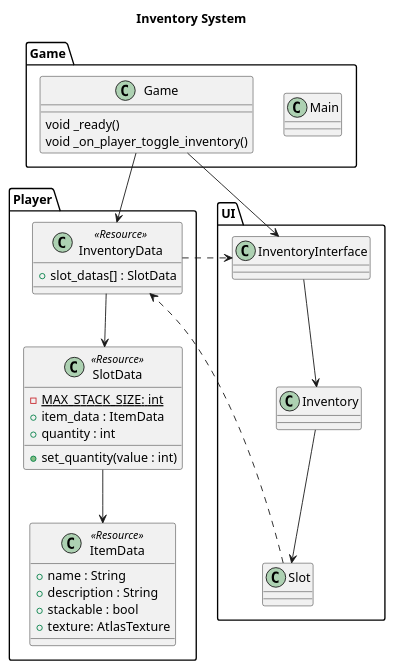
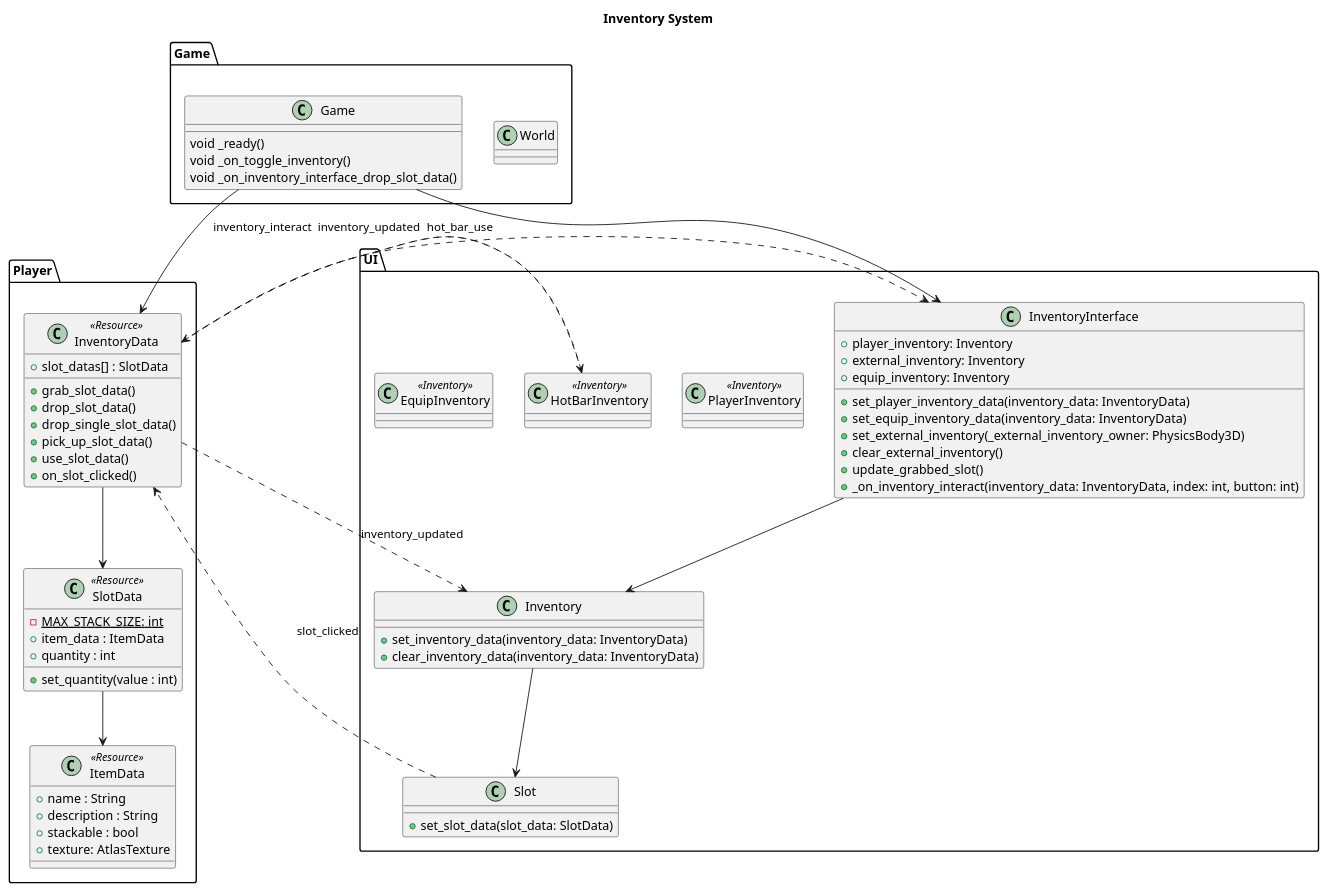
Before and after one commit to CptDarling/AnotherInventory: the diagram in _design/inventory.puml, drawn with PlantUML. The commit also changed 3 other files, not shown here.

Commit message:
Update inventory diagram

```diff
--- a/_design/inventory.puml
+++ b/_design/inventory.puml
@@ -1,52 +1,79 @@
 @startuml Inventory System
 title Inventory System
 
 namespace Game {
 
-  class Main
+  class World
 
   class Game {
     void _ready()
-    void _on_player_toggle_inventory()
+    void _on_toggle_inventory()
+    void _on_inventory_interface_drop_slot_data()
   }
 }
 
 Game.Game --> Player.InventoryData
 Game.Game --> UI.InventoryInterface
 
 namespace Player {
 
   class InventoryData << Resource >> {
     +slot_datas[] : SlotData
+    +grab_slot_data()
+    +drop_slot_data()
+    +drop_single_slot_data()
+    +pick_up_slot_data()
+    +use_slot_data()
+    +on_slot_clicked()
   }
 
   class SlotData << Resource >> {
     -{static} MAX_STACK_SIZE: int
     +item_data : ItemData
     +quantity : int
     +set_quantity(value : int)
   }
 
   class ItemData << Resource >> {
     +name : String
     +description : String
     +stackable : bool
     +texture: AtlasTexture
   }
 
   InventoryData --> SlotData
   SlotData --> ItemData
 }
 
 namespace UI {
-  class InventoryInterface
-  class Inventory
-  class Slot
+  class InventoryInterface {
+    +player_inventory: Inventory
+    +external_inventory: Inventory
+    +equip_inventory: Inventory
+    +set_player_inventory_data(inventory_data: InventoryData)
+    +set_equip_inventory_data(inventory_data: InventoryData)
+    +set_external_inventory(_external_inventory_owner: PhysicsBody3D)
+    +clear_external_inventory()
+    +update_grabbed_slot()
+    +_on_inventory_interact(inventory_data: InventoryData, index: int, button: int)
+  }
+  class PlayerInventory << Inventory >>
+  class HotBarInventory << Inventory >>
+  class EquipInventory << Inventory >>
+  class Inventory {
+    +set_inventory_data(inventory_data: InventoryData)
+    +clear_inventory_data(inventory_data: InventoryData)
+  }
+  class Slot {
+    +set_slot_data(slot_data: SlotData)
+  }
   InventoryInterface --> Inventory
   Inventory --> Slot
 }
 
-Player.InventoryData ..> UI.InventoryInterface
-UI.Slot ..> Player.InventoryData
-
+Player.InventoryData ..> UI.InventoryInterface: inventory_interact
+UI.Slot ..> Player.InventoryData: slot_clicked
+Player.InventoryData ..>  UI.Inventory: inventory_updated
+Player.InventoryData ..>  UI.HotBarInventory: inventory_updated
+UI.HotBarInventory ..> Player.InventoryData: hot_bar_use
 @enduml;
```
